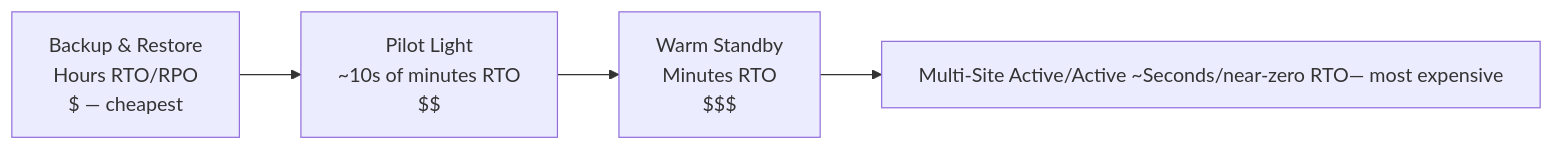
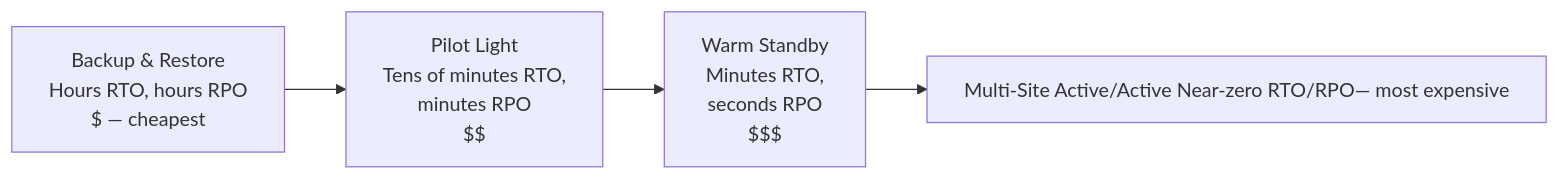
The first of 3 diagrams in certifications/saa-c03/domain-2-resilient-architectures/disaster-recovery-strategies.md (pabilandokarenpv/AWS), drawn with Mermaid before and after one commit. The commit also changed other lines of this file and 50 other files, not shown here.

Commit message:
Deep-expand fundamentals + all 12 cert domain folders (SAA-C03/DVA-C03/MLA-C02): 2-3x longer, worked case studies, more diagrams, real images, 12-15 exam scenarios per domain, more labs

````diff
--- a/certifications/saa-c03/domain-2-resilient-architectures/disaster-recovery-strategies.md
+++ b/certifications/saa-c03/domain-2-resilient-architectures/disaster-recovery-strategies.md
@@ -23,6 +27,6 @@
 ```mermaid
 flowchart LR
-    A["Backup & Restore<br/>Hours RTO/RPO<br/>$ — cheapest"] --> B["Pilot Light<br/>~10s of minutes RTO<br/>$$"]
-    B --> C["Warm Standby<br/>Minutes RTO<br/>$$$"]
-    C --> D["Multi-Site Active/Active<br/>~Seconds/near-zero RTO<br/>$$$$ — most expensive"]
+    A["Backup & Restore<br/>Hours RTO, hours RPO<br/>$ — cheapest"] --> B["Pilot Light<br/>Tens of minutes RTO,<br/>minutes RPO<br/>$$"]
+    B --> C["Warm Standby<br/>Minutes RTO,<br/>seconds RPO<br/>$$$"]
+    C --> D["Multi-Site Active/Active<br/>Near-zero RTO/RPO<br/>$$$$ — most expensive"]
 ```
````
